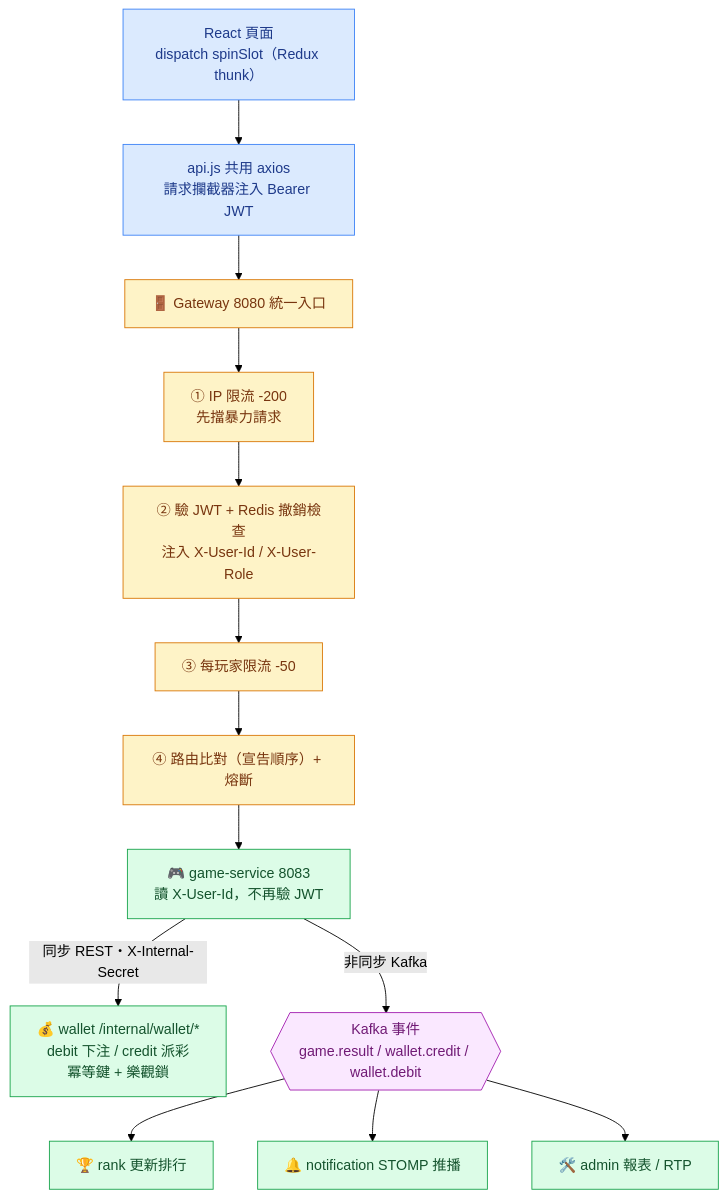
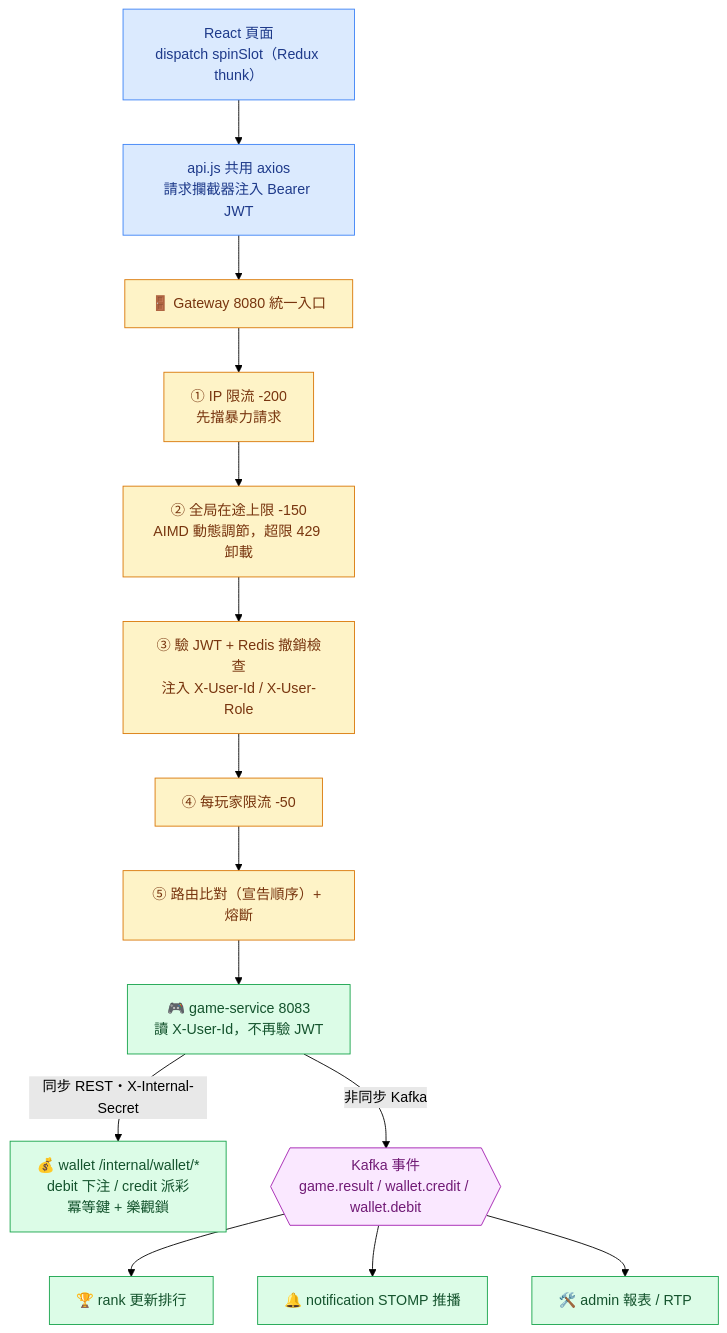
Before and after one commit to opitt2029/Lucky_Star_Casino: the first of 3 diagrams in docs/interview-prep/10-API串接與架構.md, drawn with Mermaid (forest theme). The commit also changed other lines of this file and 10 other files, not shown here.

````diff
--- a/docs/interview-prep/10-API串接與架構.md
+++ b/docs/interview-prep/10-API串接與架構.md
@@ -25,19 +25,20 @@
 ```mermaid
 flowchart TD
     A["React 頁面<br/>dispatch spinSlot（Redux thunk）"]:::fe --> B["api.js 共用 axios<br/>請求攔截器注入 Bearer JWT"]:::fe
     B --> G["🚪 Gateway 8080 統一入口"]:::gw
     G --> G1["① IP 限流 -200<br/>先擋暴力請求"]:::gw
-    G1 --> G2["② 驗 JWT + Redis 撤銷檢查<br/>注入 X-User-Id / X-User-Role"]:::gw
-    G2 --> G3["③ 每玩家限流 -50"]:::gw
-    G3 --> G4["④ 路由比對（宣告順序）+ 熔斷"]:::gw
+    G1 --> G1b["② 全局在途上限 -150<br/>AIMD 動態調節，超限 429 卸載"]:::gw
+    G1b --> G2["③ 驗 JWT + Redis 撤銷檢查<br/>注入 X-User-Id / X-User-Role"]:::gw
+    G2 --> G3["④ 每玩家限流 -50"]:::gw
+    G3 --> G4["⑤ 路由比對（宣告順序）+ 熔斷"]:::gw
     G4 --> S["🎮 game-service 8083<br/>讀 X-User-Id，不再驗 JWT"]:::svc
     S -->|"同步 REST・X-Internal-Secret"| W["💰 wallet /internal/wallet/*<br/>debit 下注 / credit 派彩<br/>冪等鍵 + 樂觀鎖"]:::svc
     S -->|"非同步 Kafka"| K{{"Kafka 事件<br/>game.result / wallet.credit / wallet.debit"}}:::kafka
     K --> R["🏆 rank 更新排行"]:::svc
     K --> N["🔔 notification STOMP 推播"]:::svc
     K --> AD["🛠️ admin 報表 / RTP"]:::svc
     classDef fe fill:#dbeafe,stroke:#3b82f6,color:#1e3a8a;
     classDef gw fill:#fef3c7,stroke:#d97706,color:#78350f;
     classDef svc fill:#dcfce7,stroke:#16a34a,color:#14532d;
     classDef kafka fill:#fae8ff,stroke:#a21caf,color:#701a75;
 ```
````
